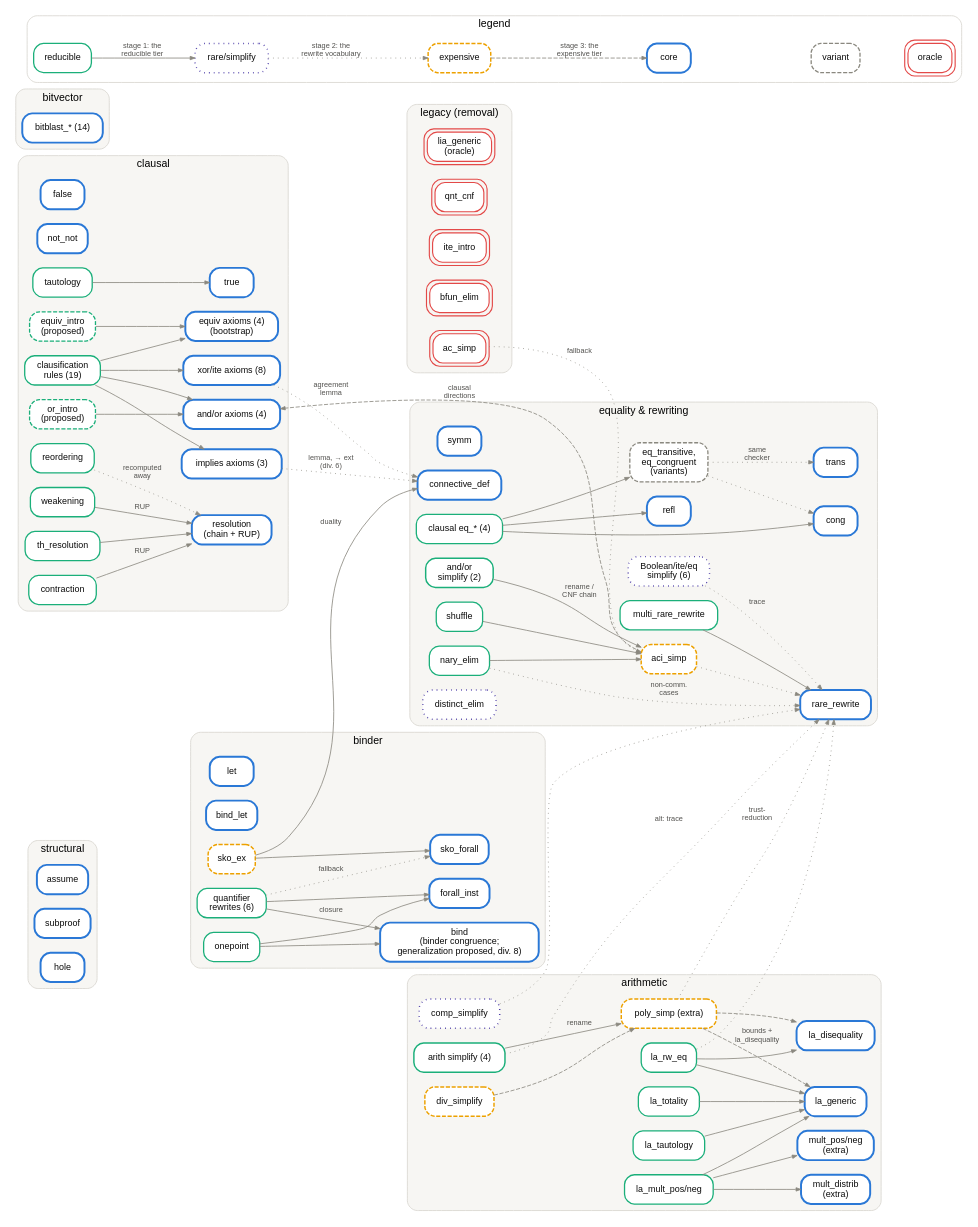
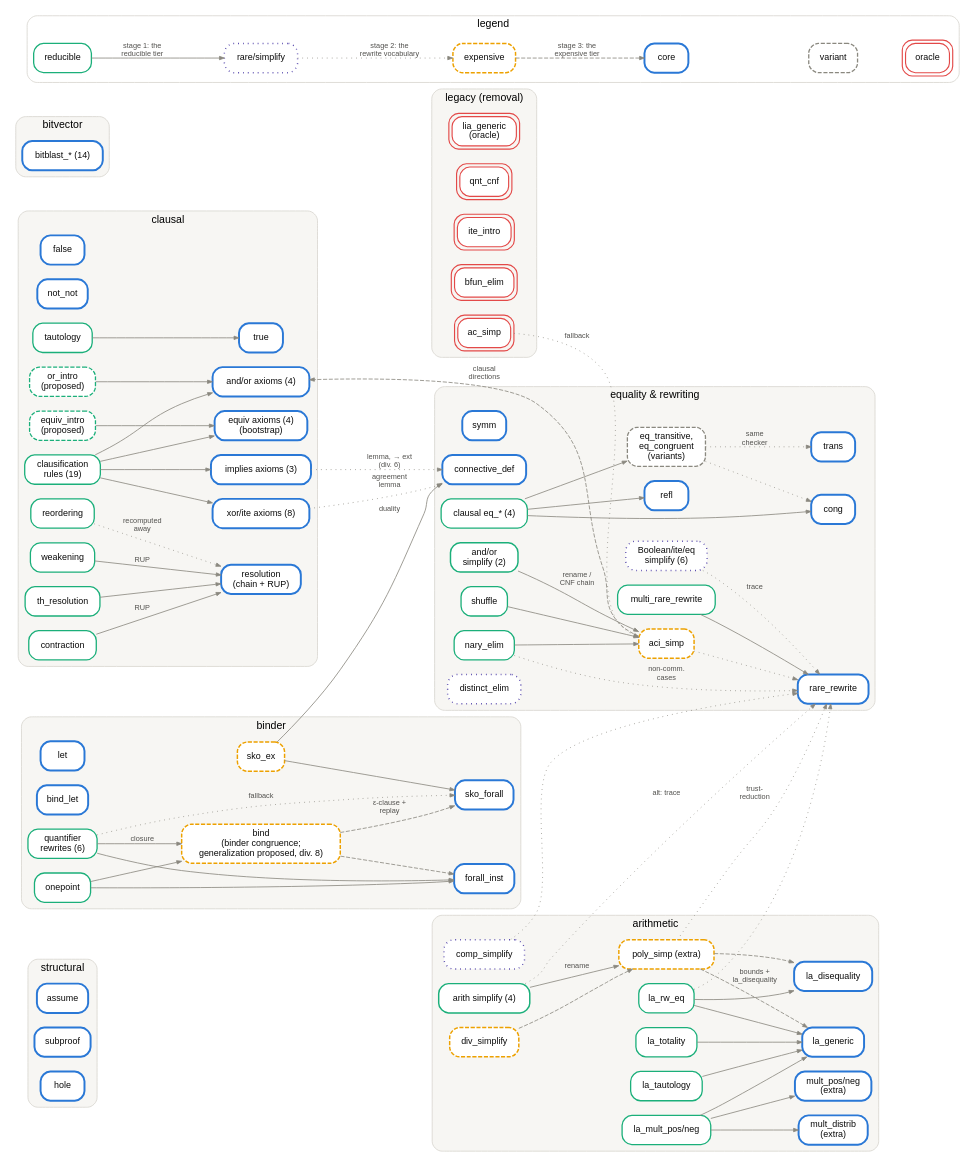
The diagram in docs/src/core/reduction-graph.dot (HanielB/carcara), drawn with Graphviz before and after one commit. The commit also changed 9 other files, not shown here.

```diff
--- a/docs/src/core/reduction-graph.dot
+++ b/docs/src/core/reduction-graph.dot
@@ -49,7 +49,7 @@
 
   subgraph cluster_binder {
     label="binder"; fontsize=13; style="rounded"; color="#d8d6cf"; bgcolor="#f7f6f3";
-    bind        [URL="classification.html#binder", target="_self", tooltip="Γ, ȳ, x̄↦ȳ ▷ φ ≈ ψ\n⟹  Γ ▷ Qx̄.φ ≈ Qȳ.ψ   (Q ∈ {∀,∃})\ndivergence 8 generalizes the anchor and adds a ∀-closure conclusion", label="bind\n(binder congruence;\ngeneralization proposed, div. 8)", color="#2a78d6", penwidth=2.4];
+    bind        [URL="classification.html#binder", target="_self", tooltip="Γ, ȳ, x̄↦ȳ ▷ φ ≈ ψ\n⟹  Γ ▷ Qx̄.φ ≈ Qȳ.ψ   (Q ∈ {∀,∃})\nreduces via the ∀-ε-clause + a replay of the body at the witnesses\ndivergence 8 generalizes the anchor and adds a ∀-closure conclusion", label="bind\n(binder congruence;\ngeneralization proposed, div. 8)", color="#eda100", penwidth=1.8, style="rounded,filled,dashed"];
     let_r       [URL="classification.html#binder", target="_self", tooltip="premises ▷ sᵢ ≈ tᵢ;   Γ, x̄↦t̄ ▷ u ≈ u′\n⟹  Γ ▷ (let x̄ = s̄ in u) ≈ u′", label="let", color="#2a78d6", penwidth=2.4];
     bind_let    [URL="classification.html#binder", target="_self", tooltip="bind for let bindings (extra rule):\nΓ, ȳ, x̄↦ȳ ▷ … ≈ …  over let-bound variables", color="#2a78d6", penwidth=2.4];
     sko_forall  [URL="classification.html#binder", target="_self", tooltip="Γ, x1↦ε1, …, xn↦εn ▷ φ ≈ ψ,  εᵢ = εxᵢ.¬(∀xᵢ₊₁…xₙ.φ)\n⟹  Γ ▷ ∀x̄.φ ≈ ψ\n(sequential witness form; the spec text is fixed by divergence 4)", color="#2a78d6", penwidth=2.4];
@@ -118,6 +118,7 @@
   clausif -> andor_ax; clausif -> equiv_ax; clausif -> xorite_ax; clausif -> implies_ax;
   xorite_ax -> connective_def [style=dotted, label="agreement\nlemma"];
   implies_ax -> connective_def [style=dotted, label="lemma, &rarr; ext\n(div. 6)"];
+  bind -> sko_forall [style=dashed, label="ε-clause +\nreplay"]; bind -> forall_inst [style=dashed];
   sko_ex -> sko_forall;
   sko_ex -> connective_def [label="duality"];
   onepoint -> forall_inst; onepoint -> bind;
```
